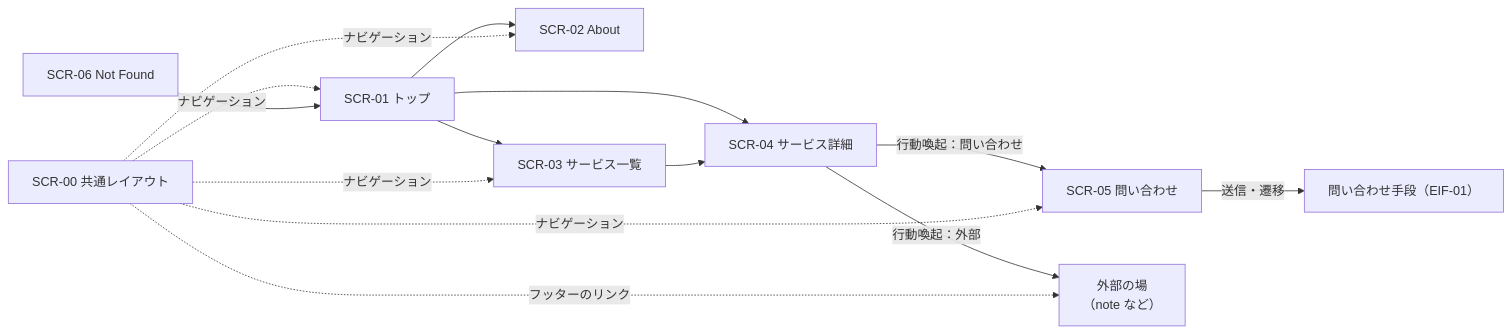
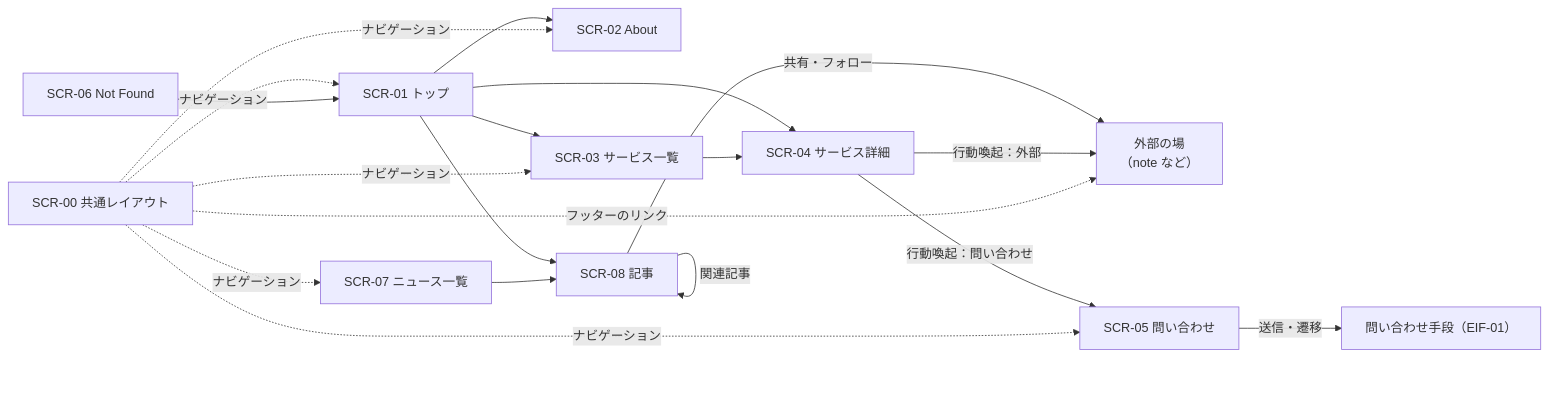
The diagram in docs/02_basic_external.md (fukugyononuko/fukugyononuko.github.io), drawn with Mermaid before and after one commit. The commit also changed other lines of this file and 6 other files, not shown here.

````diff
--- a/docs/02_basic_external.md
+++ b/docs/02_basic_external.md
@@ -22,13 +25,17 @@
 ```mermaid
 flowchart LR
   S01["SCR-01 トップ"] --> S02["SCR-02 About"]
   S01 --> S03["SCR-03 サービス一覧"]
   S01 --> S04["SCR-04 サービス詳細"]
   S03 --> S04
+  S01 --> S08["SCR-08 記事"]
+  S07["SCR-07 ニュース一覧"] --> S08
+  S08 -->|関連記事| S08
+  S08 -->|"共有・フォロー"| EXT
   S04 -->|"行動喚起：問い合わせ"| S05["SCR-05 問い合わせ"]
   S04 -->|"行動喚起：外部"| EXT["外部の場<br/>（note など）"]
-  S00["SCR-00 共通レイアウト"] -.->|ナビゲーション| S01 & S02 & S03 & S05
+  S00["SCR-00 共通レイアウト"] -.->|ナビゲーション| S01 & S02 & S03 & S07 & S05
   S00 -.->|フッターのリンク| EXT
   S05 -->|送信・遷移| INQ["問い合わせ手段（EIF-01）"]
   S06["SCR-06 Not Found"] --> S01
 ```
````
